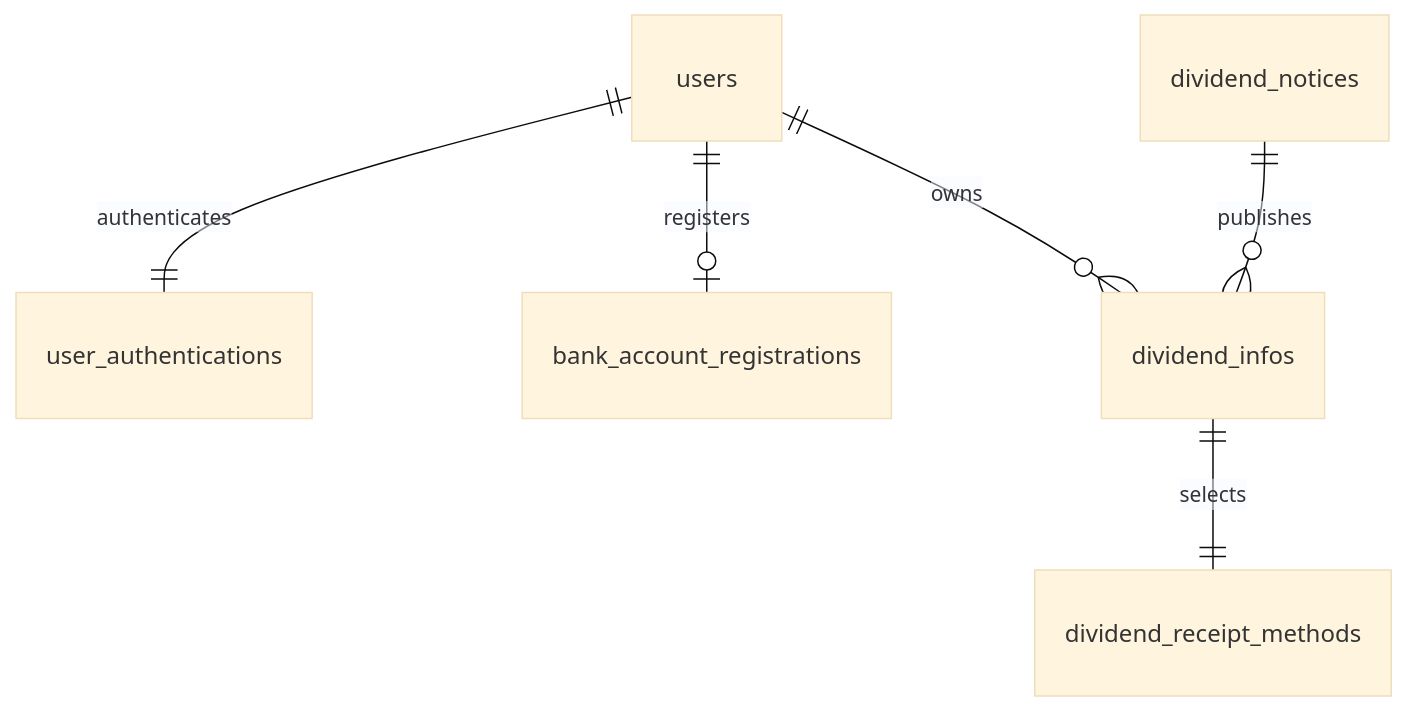
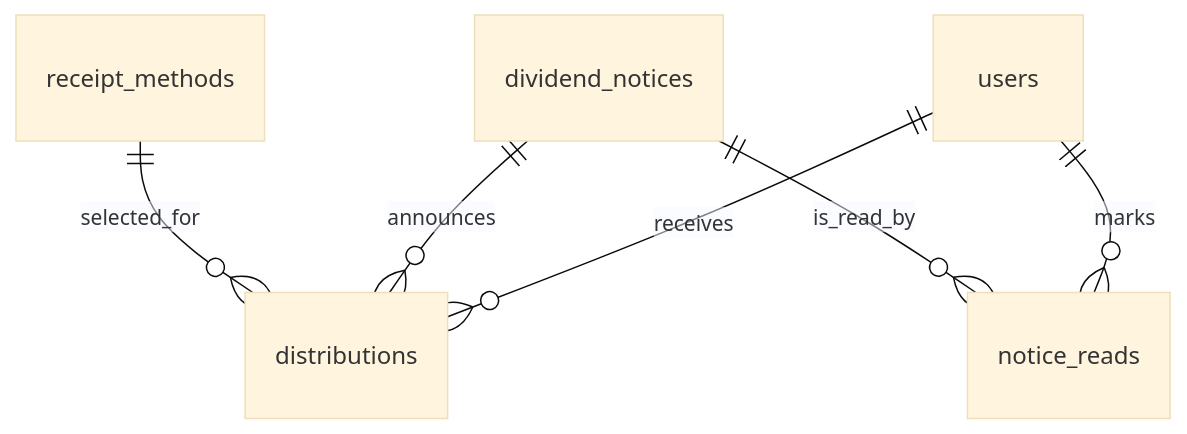
Before and after one commit to shimizuk-nttdatatohoku/genai_in_business: the first of 2 diagrams in docs/ED/product/er_diargram.md, drawn with Mermaid (base theme). The commit also changed other lines of this file, not shown here.

````diff
--- a/docs/ED/product/er_diargram.md
+++ b/docs/ED/product/er_diargram.md
@@ -34,8 +21,8 @@
 ```mermaid
 erDiagram
-  users ||--|| user_authentications : authenticates
-  users ||--o| bank_account_registrations : registers
-  users ||--o{ dividend_infos : owns
-  dividend_notices ||--o{ dividend_infos : publishes
-  dividend_infos ||--|| dividend_receipt_methods : selects
+    users ||--o{ distributions : receives
+    users ||--o{ notice_reads : marks
+    dividend_notices ||--o{ notice_reads : is_read_by
+    dividend_notices ||--o{ distributions : announces
+    receipt_methods ||--o{ distributions : selected_for
 ```
````
